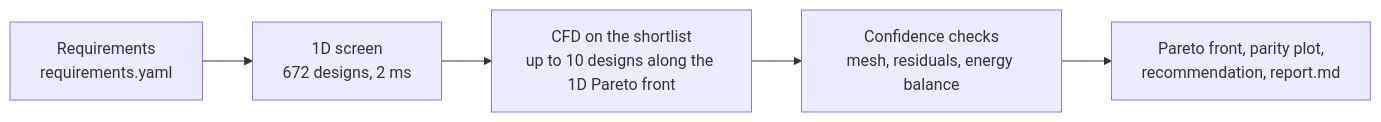
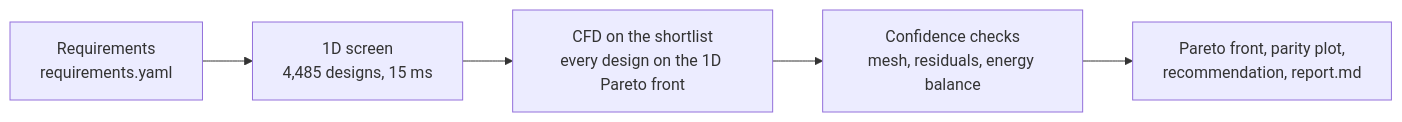
The diagram in README.md (riccardovietri/thermal-design-loop), drawn with Mermaid before and after one commit. The commit also changed other lines of this file and 6 other files, not shown here.

````diff
--- a/README.md
+++ b/README.md
@@ -36,7 +36,7 @@
 ```mermaid
 flowchart LR
-    A[Requirements<br/>requirements.yaml] --> B[1D screen<br/>672 designs, 2 ms]
-    B --> C[CFD on the shortlist<br/>up to 10 designs along the 1D Pareto front]
+    A[Requirements<br/>requirements.yaml] --> B[1D screen<br/>4,485 designs, 15 ms]
+    B --> C[CFD on the shortlist<br/>every design on the 1D Pareto front]
     C --> D[Confidence checks<br/>mesh, residuals, energy balance]
     D --> E[Pareto front, parity plot,<br/>recommendation, report.md]
 ```
````
